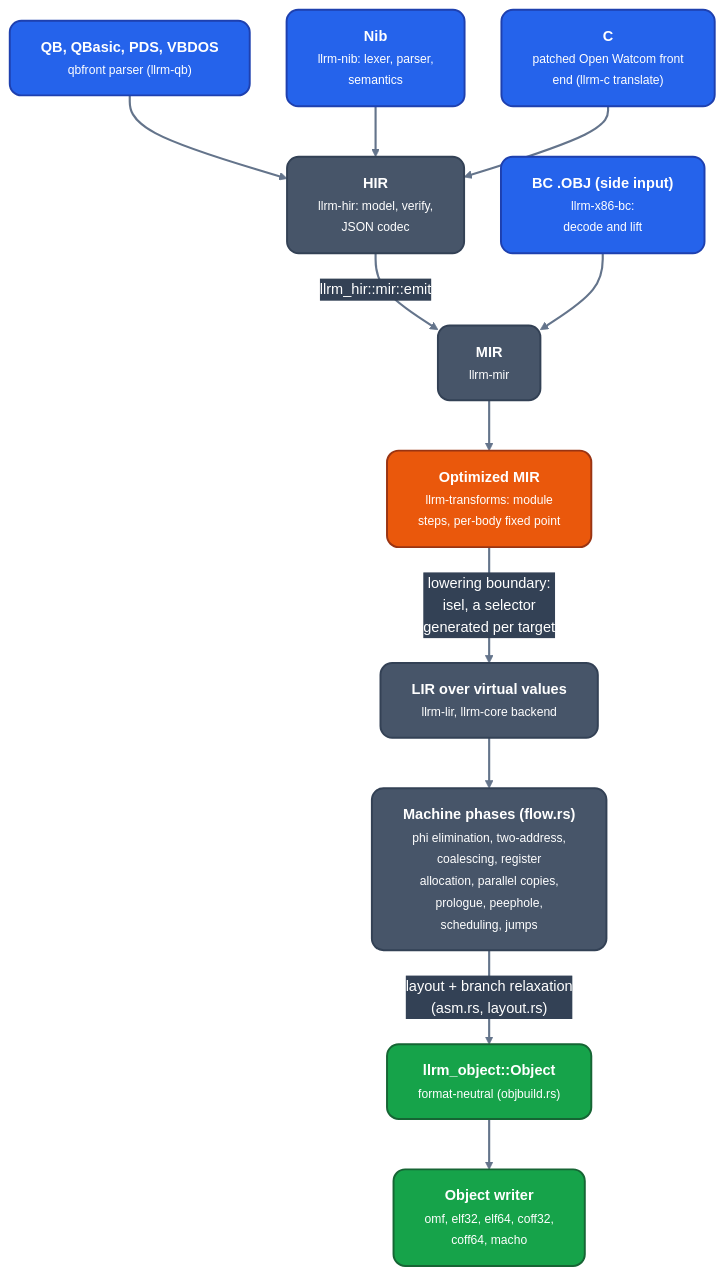
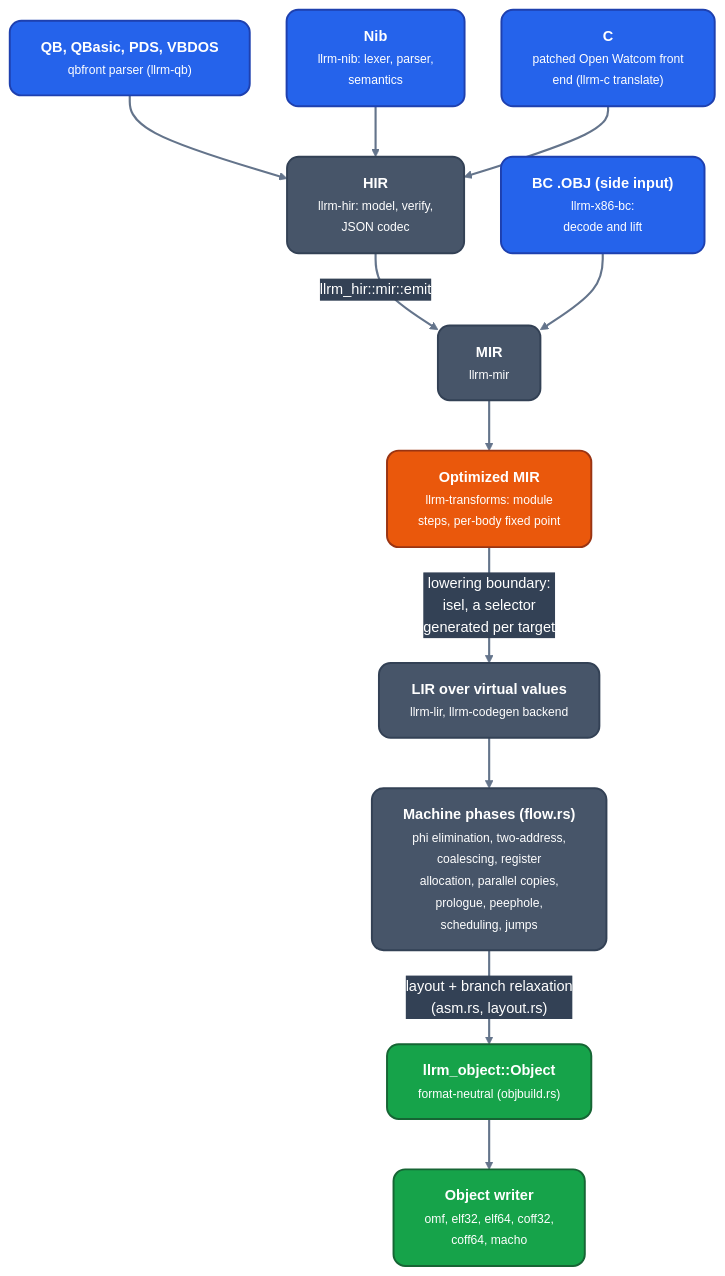
The first of 6 diagrams in docs/architecture/readme.md (ali-mosavian/llrm), drawn with Mermaid before and after one commit. The commit also changed other lines of this file and 820 other files, not shown here.

Commit message:
refactor(layout): llrm-core becomes crates/codegen/llrm-codegen

````diff
--- a/docs/architecture/readme.md
+++ b/docs/architecture/readme.md
@@ -21,30 +21,30 @@
 ```mermaid
 %%{init: {'theme':'base','themeVariables':{'fontFamily':'Segoe UI, Helvetica Neue, Arial, DejaVu Sans, sans-serif','fontSize':'15px','primaryColor':'#475569','primaryTextColor':'#ffffff','primaryBorderColor':'#334155','lineColor':'#64748b','secondaryColor':'#475569','tertiaryColor':'transparent','clusterBkg':'transparent','clusterBorder':'#64748b','edgeLabelBackground':'#334155','textColor':'#64748b','titleColor':'#64748b'},'flowchart':{'curve':'basis','nodeSpacing':38,'rankSpacing':52,'padding':16,'wrappingWidth':360,'htmlLabels':true,'useMaxWidth':true}}}%%
 flowchart TB
   classDef src fill:#2563eb,stroke:#1e40af,stroke-width:2px,color:#ffffff,rx:12px,ry:12px
   classDef mid fill:#475569,stroke:#334155,stroke-width:2px,color:#ffffff,rx:12px,ry:12px
   classDef opt fill:#ea580c,stroke:#9a3412,stroke-width:2px,color:#ffffff,rx:12px,ry:12px
   classDef out fill:#16a34a,stroke:#166534,stroke-width:2px,color:#ffffff,rx:12px,ry:12px
   linkStyle default stroke:#64748b,stroke-width:2.2px
   qb["<b>QB, QBasic, PDS, VBDOS</b><br/><small>qbfront parser (llrm-qb)</small>"]:::src
   nib["<b>Nib</b><br/><small>llrm-nib: lexer, parser,<br/>semantics</small>"]:::src
   c["<b>C</b><br/><small>patched Open Watcom front<br/>end (llrm-c translate)</small>"]:::src
   bc["<b>BC .OBJ (side input)</b><br/><small>llrm-x86-bc:<br/>decode and lift</small>"]:::src
   hir["<b>HIR</b><br/><small>llrm-hir: model, verify,<br/>JSON codec</small>"]:::mid
   mir["<b>MIR</b><br/><small>llrm-mir</small>"]:::mid
   opt["<b>Optimized MIR</b><br/><small>llrm-transforms: module<br/>steps, per-body fixed point</small>"]:::opt
-  lir["<b>LIR over virtual values</b><br/><small>llrm-lir, llrm-core backend</small>"]:::mid
+  lir["<b>LIR over virtual values</b><br/><small>llrm-lir, llrm-codegen backend</small>"]:::mid
   ph["<b>Machine phases (flow.rs)</b><br/><small>phi elimination, two-address,<br/>coalescing, register<br/>allocation, parallel copies,<br/>prologue, peephole,<br/>scheduling, jumps</small>"]:::mid
   obj["<b>llrm_object::Object</b><br/><small>format-neutral (objbuild.rs)</small>"]:::out
   wr["<b>Object writer</b><br/><small>omf, elf32, elf64, coff32,<br/>coff64, macho</small>"]:::out
   qb --> hir
   nib --> hir
   c --> hir
   hir -->|"llrm_hir::mir::emit"| mir
   bc --> mir
   mir --> opt
   opt -->|"lowering boundary:<br/>isel, a selector<br/>generated per target"| lir
   lir --> ph
   ph -->|"layout + branch relaxation<br/>(asm.rs, layout.rs)"| obj
   obj --> wr
 ```
````
